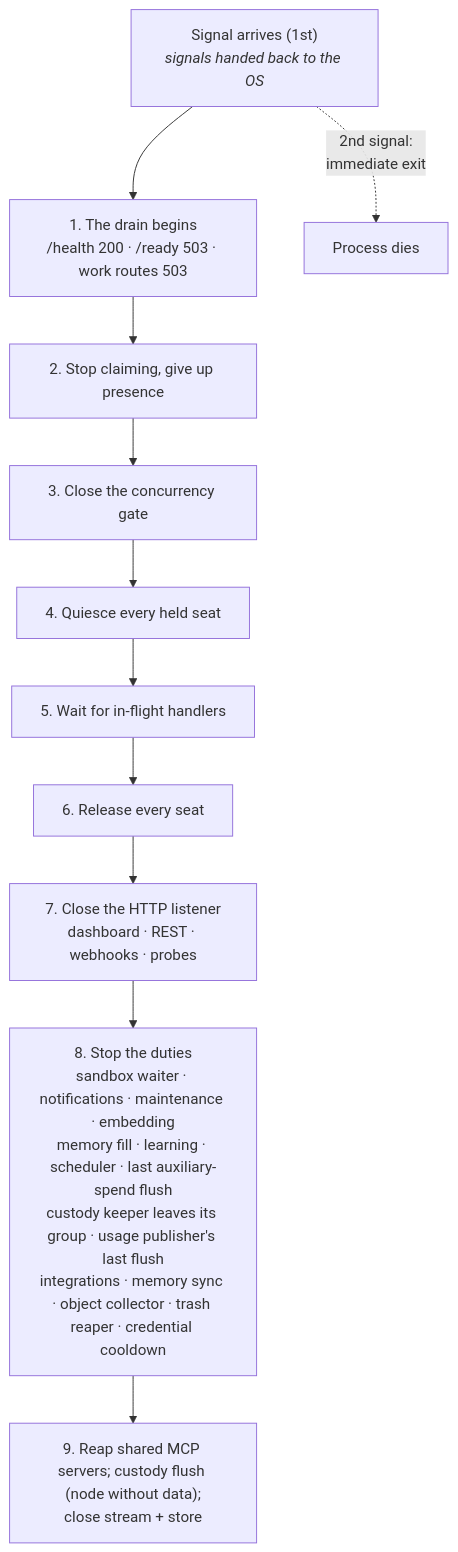
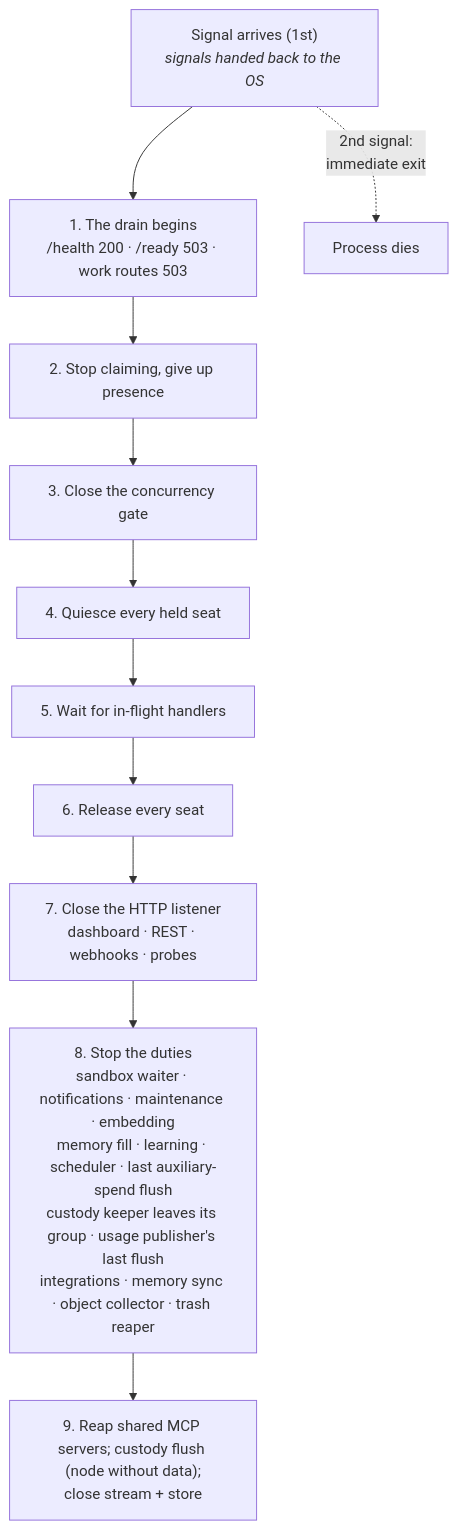
One commit to crewlet/crewlet changed the fifth of 5 diagrams in docs/concepts/agent-runtime.md. Above: the diagram before and after it, drawn with Mermaid. The commit also changed other lines of this file and 601 other files, not shown here.

````diff
--- a/docs/concepts/agent-runtime.md
+++ b/docs/concepts/agent-runtime.md
@@ -499,14 +495,14 @@
 ```mermaid
 flowchart TD
     SIG["Signal arrives (1st)<br/><i>signals handed back to the OS</i>"] --> S1
     S1["1. The drain begins<br/>/health 200 · /ready 503 · work routes 503"] --> S2
     S2["2. Stop claiming, give up presence"] --> S3
     S3["3. Close the concurrency gate"] --> S4
     S4["4. Quiesce every held seat"] --> S5
     S5["5. Wait for in-flight handlers"] --> S6
     S6["6. Release every seat"] --> S7
     S7["7. Close the HTTP listener<br/>dashboard · REST · webhooks · probes"] --> S8
-    S8["8. Stop the duties<br/>sandbox waiter · notifications · maintenance · embedding<br/>memory fill · learning · scheduler · last auxiliary-spend flush<br/>custody keeper leaves its group · usage publisher's last flush<br/>integrations · memory sync · object collector · trash reaper · credential cooldown"] --> S9
+    S8["8. Stop the duties<br/>sandbox waiter · notifications · maintenance · embedding<br/>memory fill · learning · scheduler · last auxiliary-spend flush<br/>custody keeper leaves its group · usage publisher's last flush<br/>integrations · memory sync · object collector · trash reaper"] --> S9
     S9["9. Reap shared MCP servers; custody flush (node without data);<br/>close stream + store"]
     SIG -.->|"2nd signal:<br/>immediate exit"| X["Process dies"]
 ```
````
